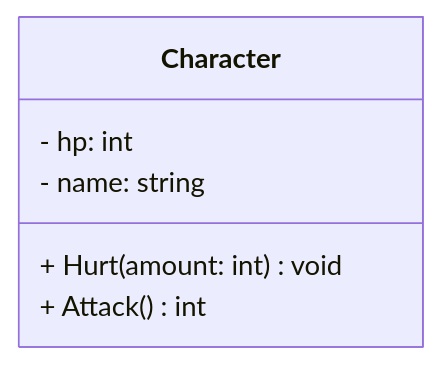
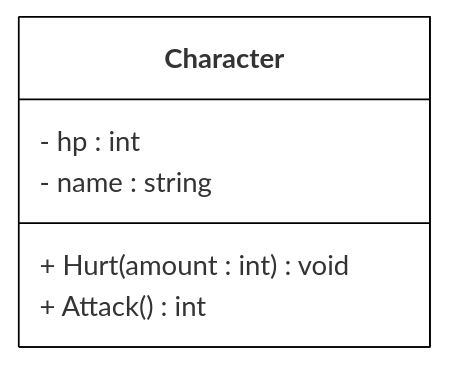
Before and after one commit to krank/csharp-ref: the first of 2 diagrams in klasser-och-objektorientering/klassdiagram.md, drawn with Mermaid. The commit also changed other lines of this file, not shown here.

````diff
--- a/klasser-och-objektorientering/klassdiagram.md
+++ b/klasser-och-objektorientering/klassdiagram.md
@@ -21,9 +21,14 @@
 ```mermaid
+%%{init: {'theme': 'base', 'themeVariables': 
+{ 'primaryBorderColor': 'black', 
+'primaryColor': 'white'
+}}}%%
+
 classDiagram
   class Character{
-        - hp: int
-        - name: string 
-        + Hurt(amount: int) void
+        - hp : int
+        - name : string 
+        + Hurt(amount : int) void
         + Attack() int
   }
 ```
````
